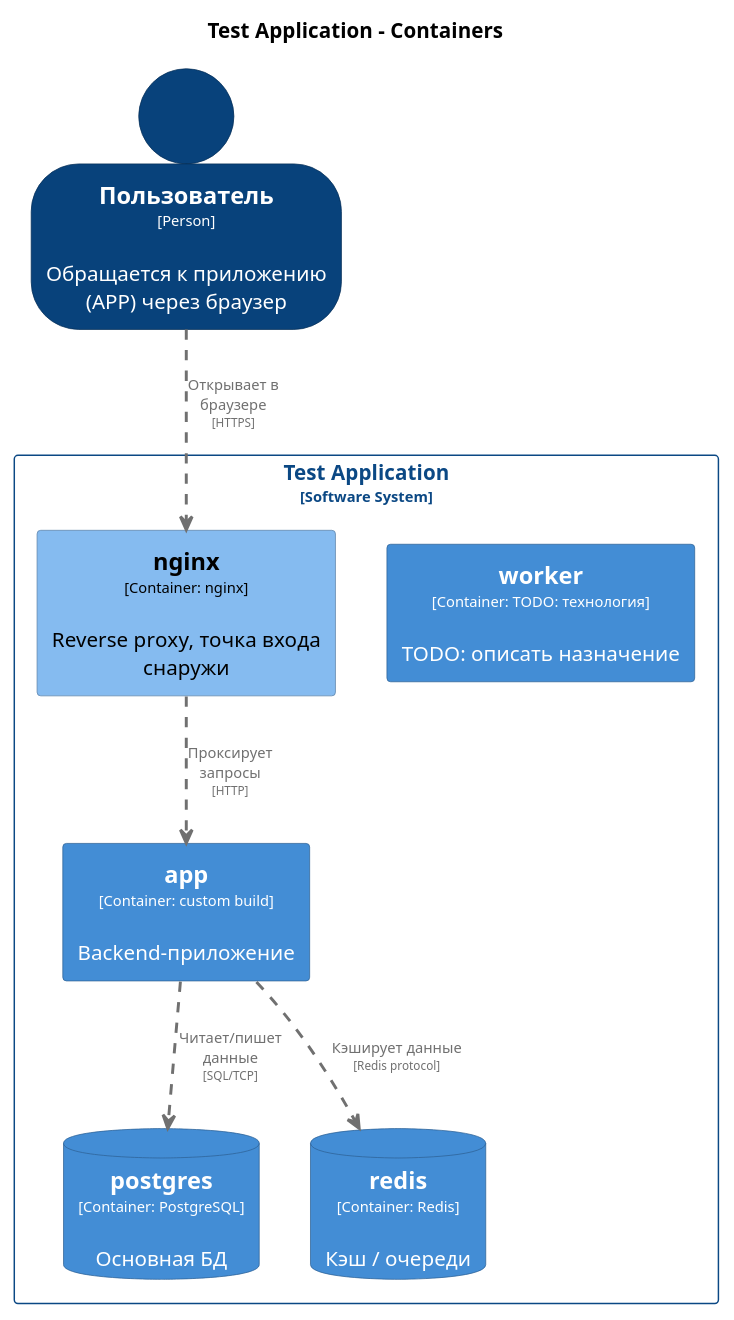
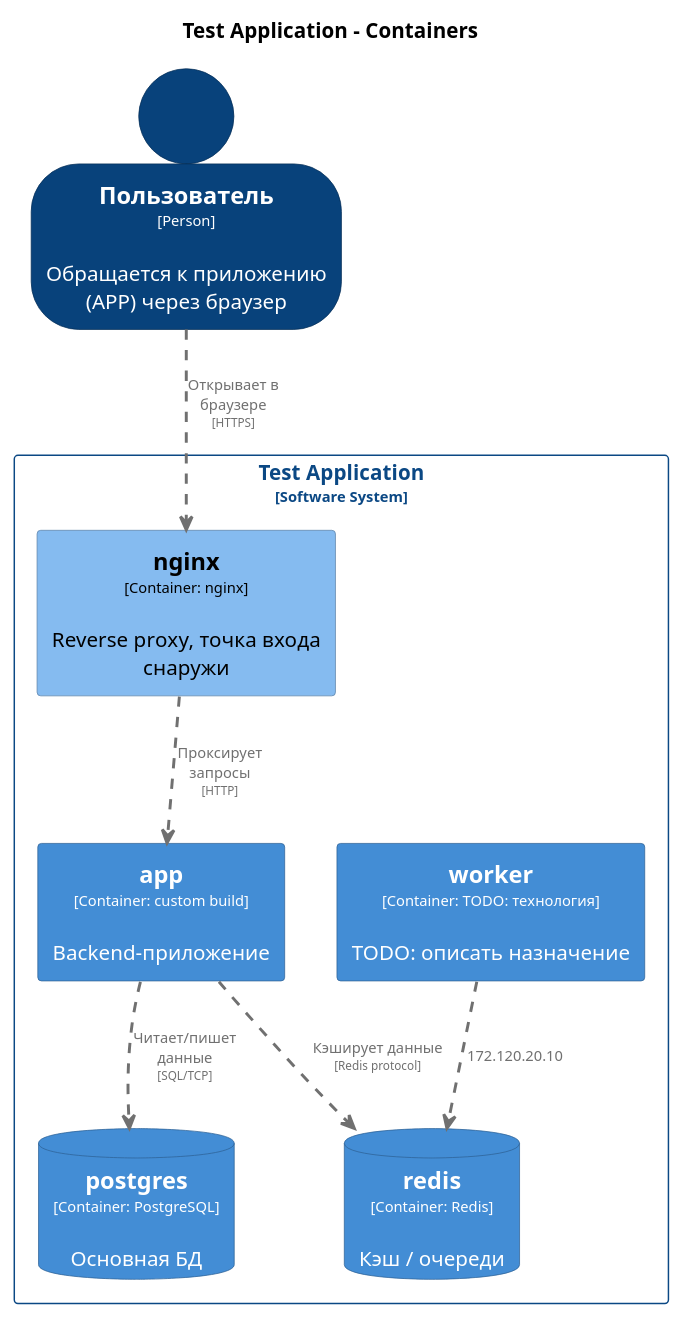
One commit to dmitryimalkov/cicd changed the diagram in architecture/diagrams/structurizr-Containers.puml. Above: the diagram before and after it, drawn with PlantUML. The commit also changed 1 other file, not shown here.

Commit message:
docs: auto-sync architecture with docker-compose

```diff
--- a/architecture/diagrams/structurizr-Containers.puml
+++ b/architecture/diagrams/structurizr-Containers.puml
@@ -1,72 +1,73 @@
 @startuml
 set separator none
 title Test Application - Containers
 
 top to bottom direction
 
 skinparam {
   arrowFontSize 10
   defaultTextAlignment center
   wrapWidth 200
   maxMessageSize 100
 }
 
 hide stereotype
 
 skinparam rectangle<<TestApplication.app>> {
   BackgroundColor #438dd5
   FontColor #ffffff
   BorderColor #2e6295
   shadowing false
 }
 skinparam rectangle<<TestApplication.nginx>> {
   BackgroundColor #85bbf0
   FontColor #000000
   BorderColor #5d82a8
   shadowing false
 }
 skinparam database<<TestApplication.postgres>> {
   BackgroundColor #438dd5
   FontColor #ffffff
   BorderColor #2e6295
   shadowing false
 }
 skinparam database<<TestApplication.redis>> {
   BackgroundColor #438dd5
   FontColor #ffffff
   BorderColor #2e6295
   shadowing false
 }
 skinparam rectangle<<TestApplication.worker>> {
   BackgroundColor #438dd5
   FontColor #ffffff
   BorderColor #2e6295
   shadowing false
 }
 skinparam person<<Пользователь>> {
   BackgroundColor #08427b
   FontColor #ffffff
   BorderColor #052e56
   shadowing false
 }
 skinparam rectangle<<TestApplication>> {
   BorderColor #0b4884
   FontColor #0b4884
   shadowing false
 }
 
 person "==Пользователь\n<size:10>[Person]</size>\n\nОбращается к приложению (APP) через браузер" <<Пользователь>> as Пользователь
 
 rectangle "Test Application\n<size:10>[Software System]</size>" <<TestApplication>> {
   rectangle "==worker\n<size:10>[Container: TODO: технология]</size>\n\nTODO: описать назначение" <<TestApplication.worker>> as TestApplication.worker
   rectangle "==nginx\n<size:10>[Container: nginx]</size>\n\nReverse proxy, точка входа снаружи" <<TestApplication.nginx>> as TestApplication.nginx
   rectangle "==app\n<size:10>[Container: custom build]</size>\n\nBackend-приложение" <<TestApplication.app>> as TestApplication.app
   database "==postgres\n<size:10>[Container: PostgreSQL]</size>\n\nОсновная БД" <<TestApplication.postgres>> as TestApplication.postgres
   database "==redis\n<size:10>[Container: Redis]</size>\n\nКэш / очереди" <<TestApplication.redis>> as TestApplication.redis
 }
 
 TestApplication.app .[#707070,thickness=2].> TestApplication.postgres : "<color:#707070>Читает/пишет данные\n<color:#707070><size:8>[SQL/TCP]</size>"
 TestApplication.app .[#707070,thickness=2].> TestApplication.redis : "<color:#707070>Кэширует данные\n<color:#707070><size:8>[Redis protocol]</size>"
+TestApplication.worker .[#707070,thickness=2].> TestApplication.redis : "<color:#707070>172.120.20.10"
 Пользователь .[#707070,thickness=2].> TestApplication.nginx : "<color:#707070>Открывает в браузере\n<color:#707070><size:8>[HTTPS]</size>"
 TestApplication.nginx .[#707070,thickness=2].> TestApplication.app : "<color:#707070>Проксирует запросы\n<color:#707070><size:8>[HTTP]</size>"
 @enduml
```
